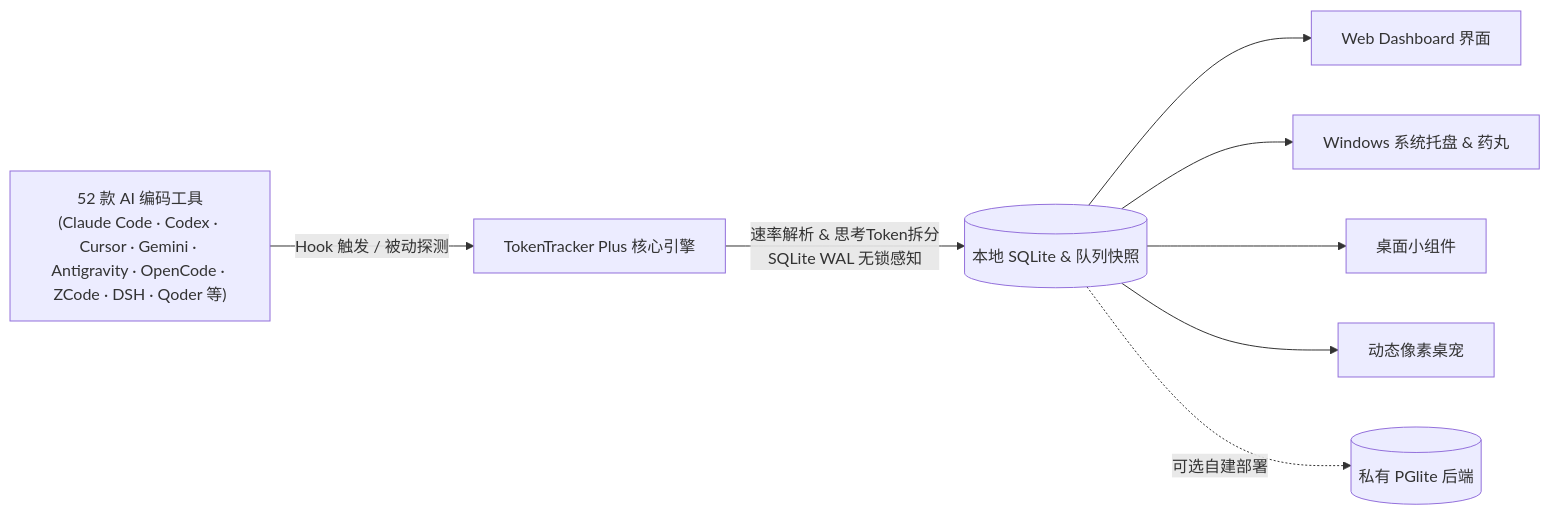
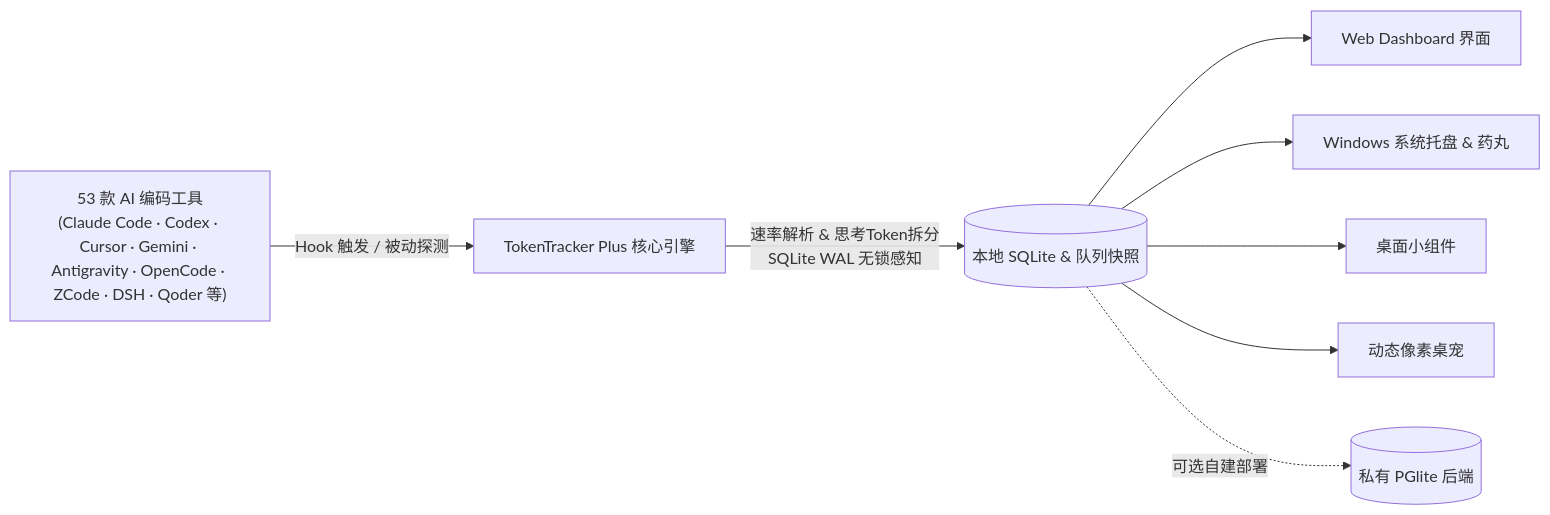
The diagram in README.md (01UNCLEDOG01/TokenTracker-Plus), drawn with Mermaid before and after one commit. The commit also changed other lines of this file and 11 other files, not shown here.

````diff
--- a/README.md
+++ b/README.md
@@ -197,10 +197,10 @@
 ```mermaid
 flowchart LR
-    A["52 款 AI 编码工具<br/>(Claude Code · Codex · Cursor · Gemini · Antigravity · OpenCode · ZCode · DSH · Qoder 等)"] -->|Hook 触发 / 被动探测| B[TokenTracker Plus 核心引擎]
+    A["53 款 AI 编码工具<br/>(Claude Code · Codex · Cursor · Gemini · Antigravity · OpenCode · ZCode · DSH · Qoder 等)"] -->|Hook 触发 / 被动探测| B[TokenTracker Plus 核心引擎]
     B -->|速率解析 & 思考Token拆分<br/>SQLite WAL 无锁感知| C[(本地 SQLite & 队列快照)]
     C --> D[Web Dashboard 界面]
     C --> E[Windows 系统托盘 & 药丸]
     C --> F[桌面小组件]
     C --> G[动态像素桌宠]
     C -.->|可选自建部署| H[(私有 PGlite 后端)]
 ```
````
